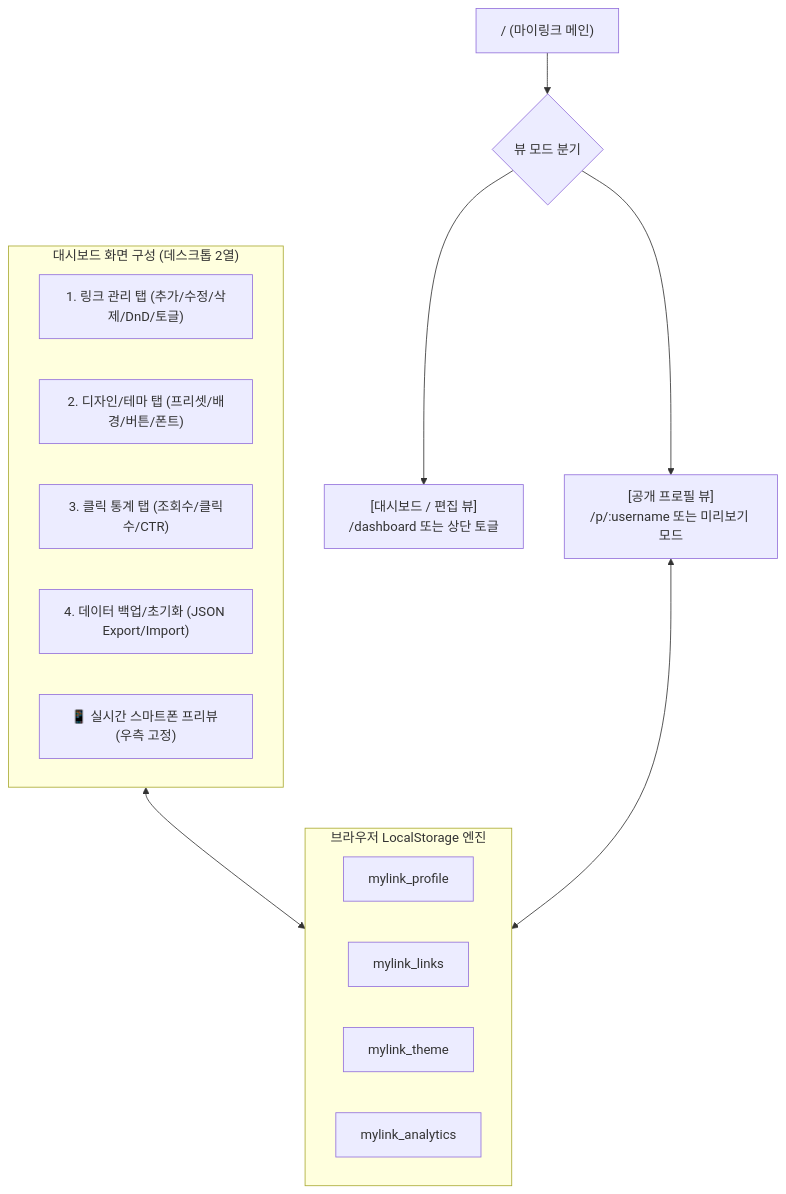
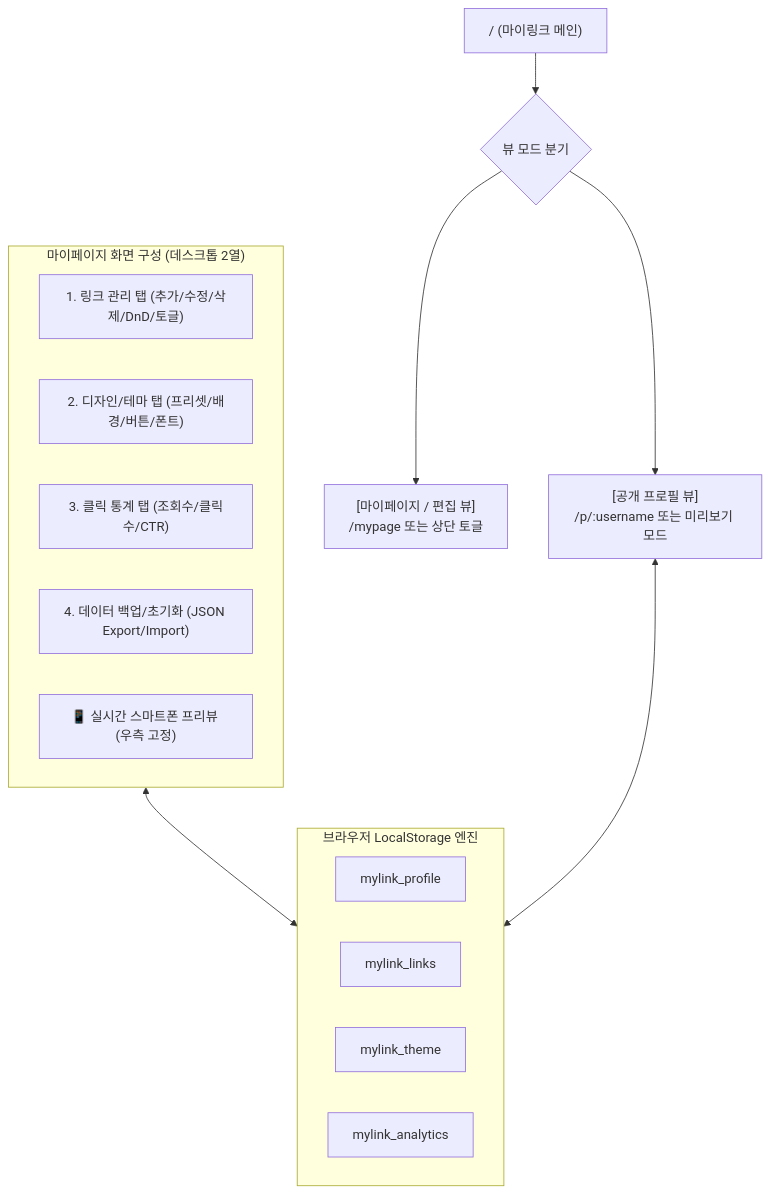
Before and after one commit to seoyeonkim-glitch/my-link-hy: the diagram in docs/FEATURE_SPECIFICATION.md, drawn with Mermaid. The commit also changed other lines of this file and 4 other files, not shown here.

````diff
--- a/docs/FEATURE_SPECIFICATION.md
+++ b/docs/FEATURE_SPECIFICATION.md
@@ -28,25 +28,25 @@
 ```mermaid
 flowchart TD
     AppRoot["/ (마이링크 메인)"] --> Router{"뷰 모드 분기"}
     
-    Router --> DashboardView["[대시보드 / 편집 뷰]<br>/dashboard 또는 상단 토글"]
+    Router --> MyPageView["[마이페이지 / 편집 뷰]<br>/mypage 또는 상단 토글"]
     Router --> PublicProfileView["[공개 프로필 뷰]<br>/p/:username 또는 미리보기 모드"]
     
-    subgraph DashboardViewStructure ["대시보드 화면 구성 (데스크톱 2열)"]
+    subgraph MyPageViewStructure ["마이페이지 화면 구성 (데스크톱 2열)"]
         TabLinks["1. 링크 관리 탭 (추가/수정/삭제/DnD/토글)"]
         TabAppearance["2. 디자인/테마 탭 (프리셋/배경/버튼/폰트)"]
         TabAnalytics["3. 클릭 통계 탭 (조회수/클릭수/CTR)"]
         TabSettings["4. 데이터 백업/초기화 (JSON Export/Import)"]
         LivePhonePreview["📱 실시간 스마트폰 프리뷰 (우측 고정)"]
     end
     
     subgraph LocalStorageEngine ["브라우저 LocalStorage 엔진"]
         StorageProfile["mylink_profile"]
         StorageLinks["mylink_links"]
         StorageTheme["mylink_theme"]
         StorageAnalytics["mylink_analytics"]
     end
     
-    DashboardViewStructure <--> LocalStorageEngine
+    MyPageViewStructure <--> LocalStorageEngine
     PublicProfileView <--> LocalStorageEngine
 ```
````
